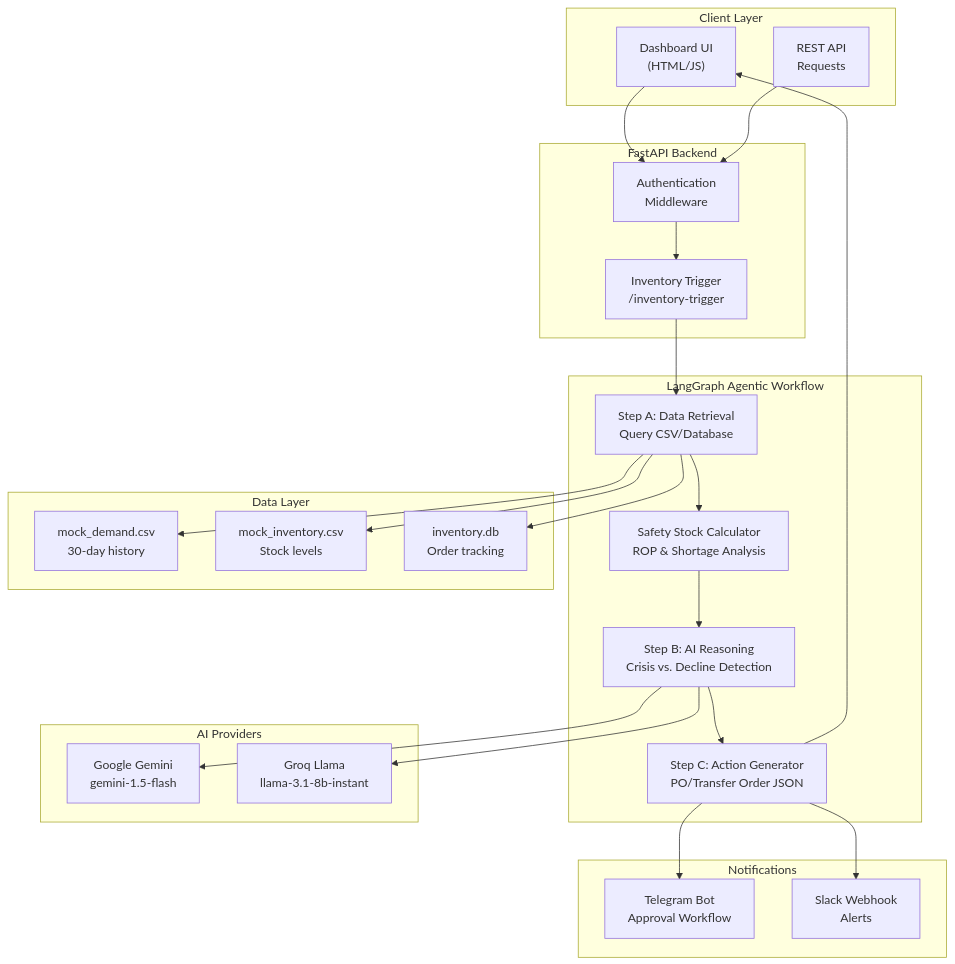
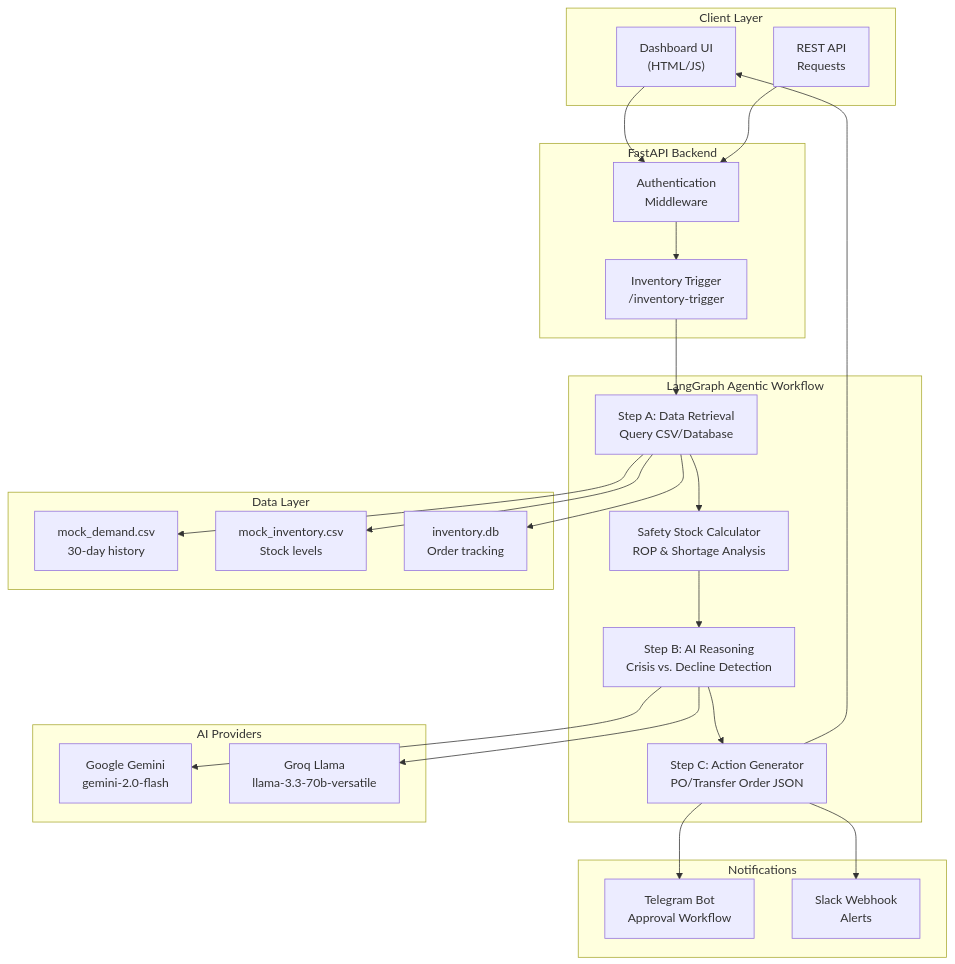
The diagram in README.md (HemantSudarshan/Agentic-Inventory-Restocking-Servic), drawn with Mermaid before and after one commit. The commit also changed other lines of this file, not shown here.

Commit message:
docs: Fix README - correct model versions and remove duplicates - Updated model to gemini-2.0-flash + llama-3.3-70b-versatile - Fixed repository URL typo - Removed duplicate lines

````diff
--- a/README.md
+++ b/README.md
@@ -77,51 +77,51 @@
 ```mermaid
 flowchart TB
     subgraph Client ["Client Layer"]
         Dashboard["Dashboard UI<br>(HTML/JS)"]
         RESTAPI["REST API<br>Requests"]
     end
 
     subgraph Backend ["FastAPI Backend"]
         Auth["Authentication<br>Middleware"]
         Trigger["Inventory Trigger<br>/inventory-trigger"]
     end
 
     subgraph Workflow ["LangGraph Agentic Workflow"]
         DataNode["Step A: Data Retrieval<br>Query CSV/Database"]
         SafetyNode["Safety Stock Calculator<br>ROP & Shortage Analysis"]
         ReasonNode["Step B: AI Reasoning<br>Crisis vs. Decline Detection"]
         ActionNode["Step C: Action Generator<br>PO/Transfer Order JSON"]
     end
 
     subgraph Data ["Data Layer"]
         DemandCSV["mock_demand.csv<br>30-day history"]
         InventoryCSV["mock_inventory.csv<br>Stock levels"]
         DB["inventory.db<br>Order tracking"]
     end
 
     subgraph AI ["AI Providers"]
-        Gemini["Google Gemini<br>gemini-1.5-flash"]
-        Groq["Groq Llama<br>llama-3.1-8b-instant"]
+        Gemini["Google Gemini<br>gemini-2.0-flash"]
+        Groq["Groq Llama<br>llama-3.3-70b-versatile"]
     end
 
     subgraph Notify ["Notifications"]
         Telegram["Telegram Bot<br>Approval Workflow"]
         Slack["Slack Webhook<br>Alerts"]
     end
 
     Dashboard --> Auth
     RESTAPI --> Auth
     Auth --> Trigger
     Trigger --> DataNode
     DataNode --> DemandCSV
     DataNode --> InventoryCSV
     DataNode --> DB
     DataNode --> SafetyNode
     SafetyNode --> ReasonNode
     ReasonNode --> Gemini
     ReasonNode --> Groq
     ReasonNode --> ActionNode
     ActionNode --> Telegram
     ActionNode --> Slack
     ActionNode --> Dashboard
 ```
````
